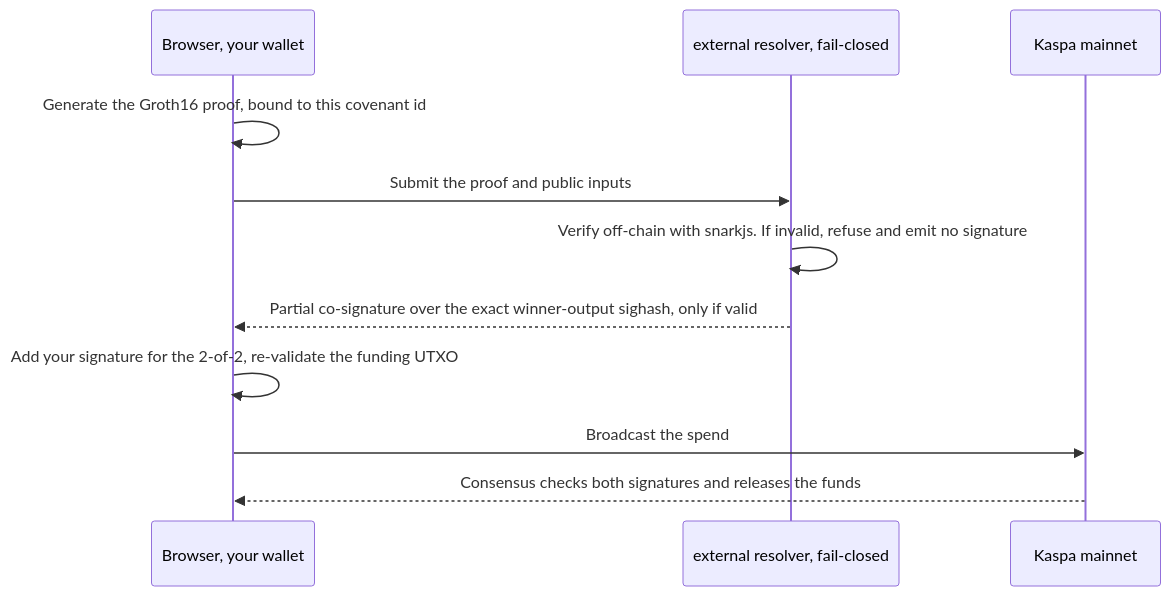
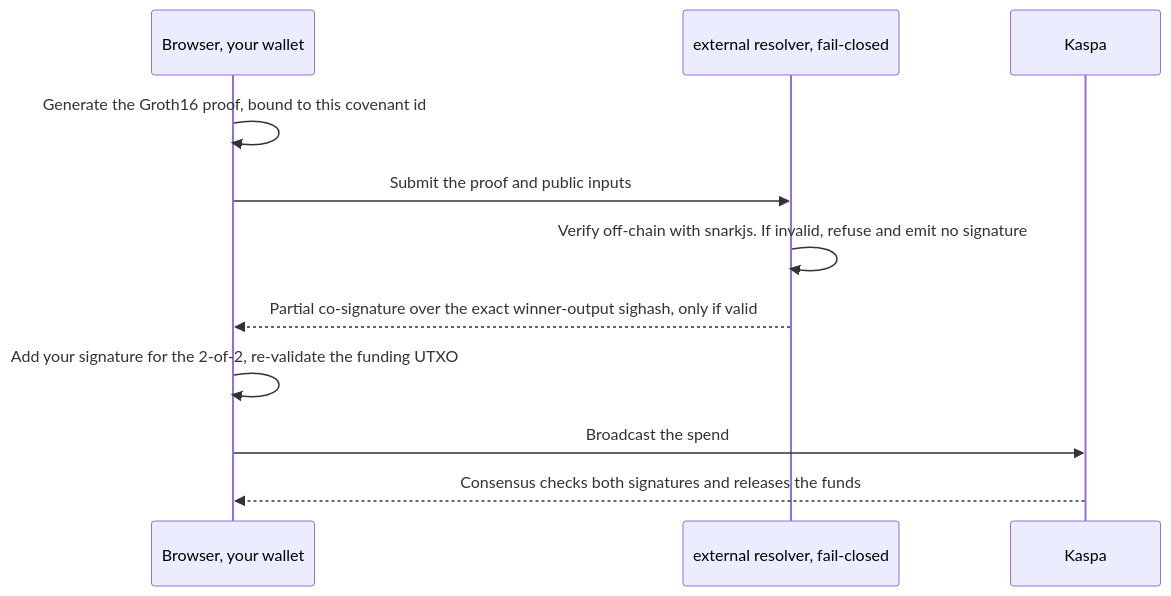
The fifth of 5 diagrams in README.md (THTProtocol/Covex27), drawn with Mermaid before and after one commit. The commit also changed other lines of this file and 40 other files, not shown here.

````diff
--- a/README.md
+++ b/README.md
@@ -248,13 +243,13 @@
 ```mermaid
 sequenceDiagram
   participant B as Browser, your wallet
   participant O as external resolver, fail-closed
-  participant K as Kaspa mainnet
+  participant K as Kaspa
   B->>B: Generate the Groth16 proof, bound to this covenant id
   B->>O: Submit the proof and public inputs
   O->>O: Verify off-chain with snarkjs. If invalid, refuse and emit no signature
   O-->>B: Partial co-signature over the exact winner-output sighash, only if valid
   B->>B: Add your signature for the 2-of-2, re-validate the funding UTXO
   B->>K: Broadcast the spend
   K-->>B: Consensus checks both signatures and releases the funds
 ```
````
